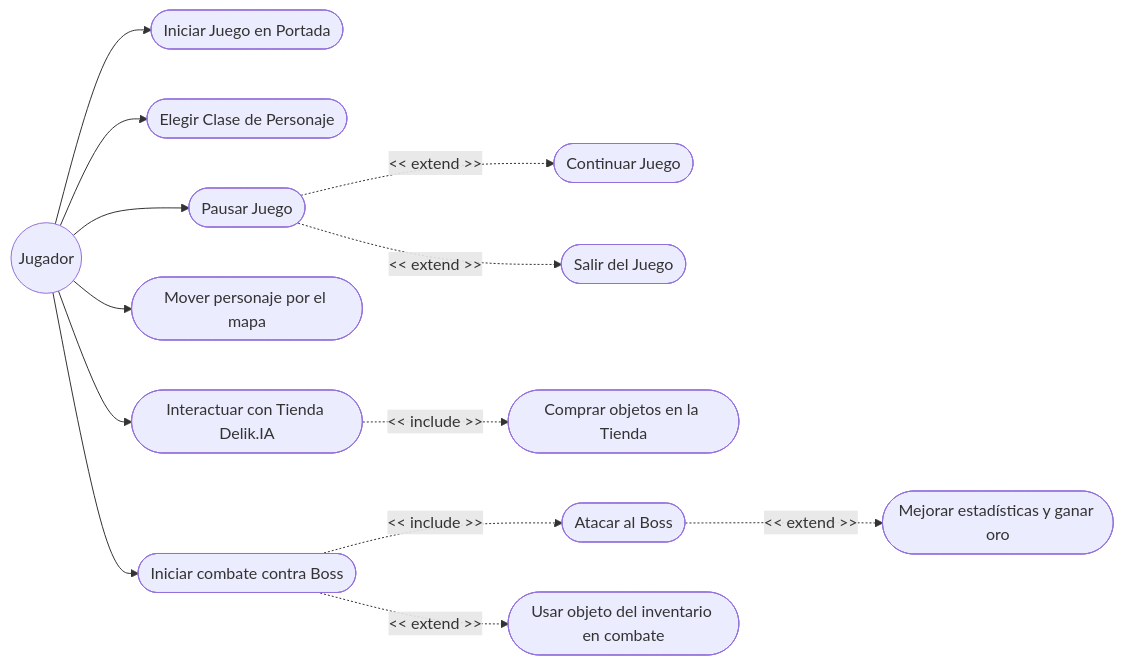
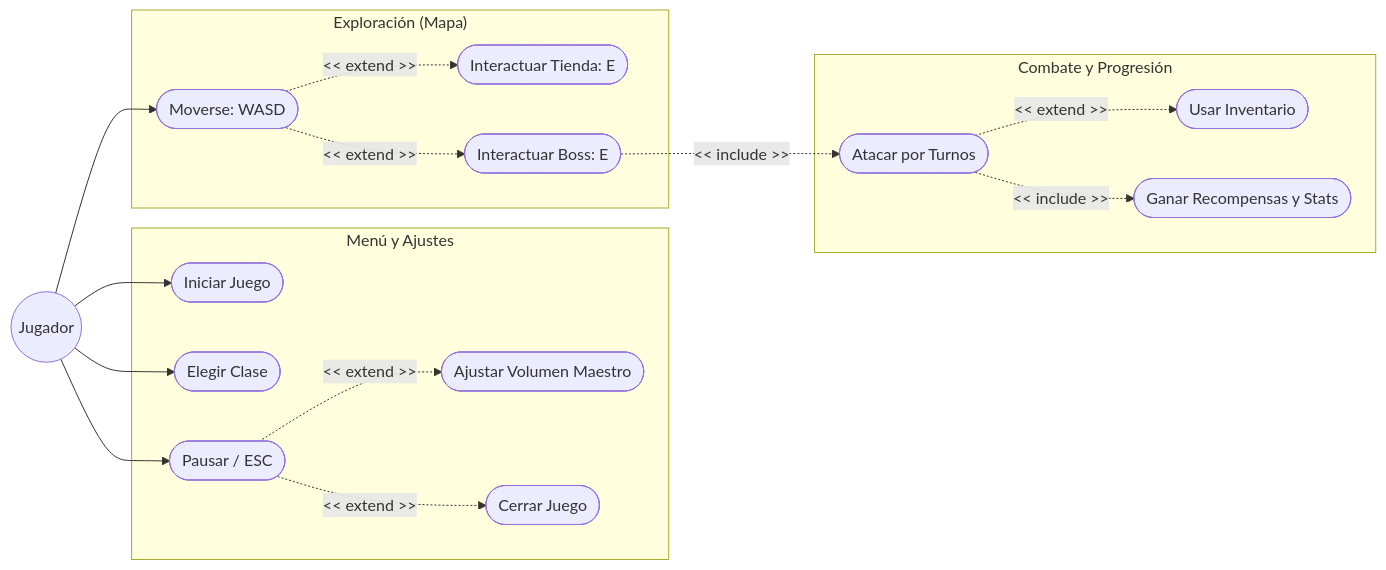
Before and after one commit to adribarrera/Videojuego-Java: the diagram in CASOUSOUML.md, drawn with Mermaid. The commit also changed other lines of this file and 4 other files, not shown here.

````diff
--- a/CASOUSOUML.md
+++ b/CASOUSOUML.md
@@ -5,42 +5,41 @@
 ```mermaid
 graph LR
     %% Actor(es)
     Jugador((Jugador))
 
-    %% Casos de Uso - Navegación y Menús
-    IniciarJuego([Iniciar Juego en Portada])
-    ElegirPersonaje([Elegir Clase de Personaje])
-    Pausar([Pausar Juego])
-    Continuar([Continuar Juego])
-    Salir([Salir del Juego])
+    subgraph "Menú y Ajustes"
+    IniciarJuego([Iniciar Juego])
+    ElegirPersonaje([Elegir Clase])
+    Pausar([Pausar / ESC])
+    AjustarVolumen([Ajustar Volumen Maestro])
+    Salir([Cerrar Juego])
+    end
 
-    %% Casos de Uso - Exploración
-    Moverse([Mover personaje por el mapa])
+    subgraph "Exploración (Mapa)"
+    Moverse([Moverse: WASD])
+    InteractuarTienda([Interactuar Tienda: E])
+    InteractuarBoss([Interactuar Boss: E])
+    end
 
-    %% Casos de Uso - Interacción
-    InteractuarTienda([Interactuar con Tienda Delik.IA])
-    Comprar([Comprar objetos en la Tienda])
-    
-    %% Casos de Uso - Combate
-    IniciarCombate([Iniciar combate contra Boss])
-    Atacar([Atacar al Boss])
-    UsarObjeto([Usar objeto del inventario en combate])
-    MejorarStats([Mejorar estadísticas y ganar oro])
+    subgraph "Combate y Progresión"
+    Atacar([Atacar por Turnos])
+    UsarObjeto([Usar Inventario])
+    MejorarStats([Ganar Recompensas y Stats])
+    end
 
-    %% Relaciones Actor -> Casos de Uso
+    %% Relaciones
     Jugador --> IniciarJuego
     Jugador --> ElegirPersonaje
     Jugador --> Moverse
-    Jugador --> InteractuarTienda
-    Jugador --> IniciarCombate
     Jugador --> Pausar
-
-    %% Relaciones Include / Extend
-    InteractuarTienda -.->|<< include >>| Comprar
-    IniciarCombate -.->|<< include >>| Atacar
-    IniciarCombate -.->|<< extend >>| UsarObjeto
-    Atacar -.->|<< extend >>| MejorarStats
     
-    Pausar -.->|<< extend >>| Continuar
+    Pausar -.->|<< extend >>| AjustarVolumen
     Pausar -.->|<< extend >>| Salir
+    
+    Moverse -.->|<< extend >>| InteractuarTienda
+    Moverse -.->|<< extend >>| InteractuarBoss
+    
+    InteractuarBoss -.->|<< include >>| Atacar
+    Atacar -.->|<< extend >>| UsarObjeto
+    Atacar -.->|<< include >>| MejorarStats
 ```
````
